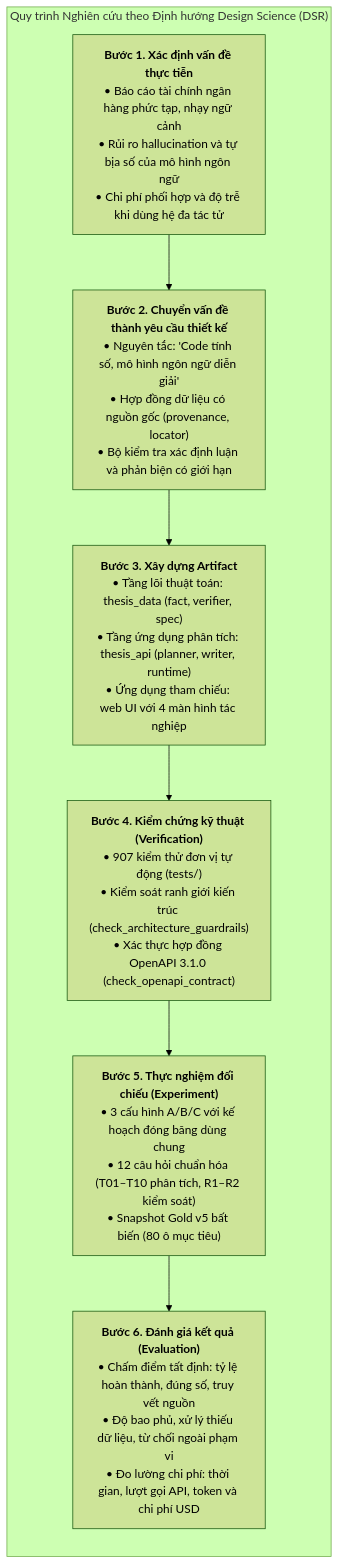
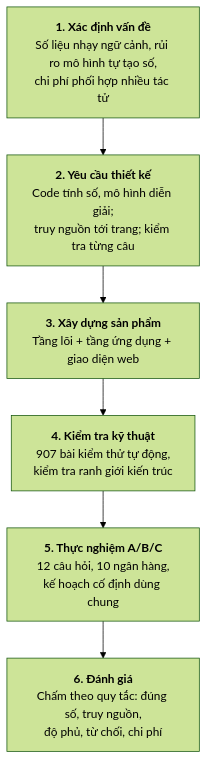
One commit to thaicuong576/final-thesis changed the diagram in docs/thesis-v2/figures/hinh-3-1-quy-trinh-dsr.mmd. Above: the diagram before and after it, drawn with Mermaid (forest theme). The commit also changed 19 other files, not shown here.

Commit message:
docs(thesis): condense chapters 1-4 and switch the evaluation to the ten-bank dataset (WIP)

```diff
--- a/docs/thesis-v2/figures/hinh-3-1-quy-trinh-dsr.mmd
+++ b/docs/thesis-v2/figures/hinh-3-1-quy-trinh-dsr.mmd
@@ -1,17 +1,8 @@
 flowchart TD
-    subgraph DSR_Process ["Quy trình Nghiên cứu theo Định hướng Design Science (DSR)"]
-        direction TB
-        S1["<b>Bước 1. Xác định vấn đề thực tiễn</b><br/>• Báo cáo tài chính ngân hàng phức tạp, nhạy ngữ cảnh<br/>• Rủi ro hallucination và tự bịa số của mô hình ngôn ngữ<br/>• Chi phí phối hợp và độ trễ khi dùng hệ đa tác tử"]
-        
-        S2["<b>Bước 2. Chuyển vấn đề thành yêu cầu thiết kế</b><br/>• Nguyên tắc: 'Code tính số, mô hình ngôn ngữ diễn giải'<br/>• Hợp đồng dữ liệu có nguồn gốc (provenance, locator)<br/>• Bộ kiểm tra xác định luận và phản biện có giới hạn"]
-        
-        S3["<b>Bước 3. Xây dựng Artifact</b><br/>• Tầng lõi thuật toán: thesis_data (fact, verifier, spec)<br/>• Tầng ứng dụng phân tích: thesis_api (planner, writer, runtime)<br/>• Ứng dụng tham chiếu: web UI với 4 màn hình tác nghiệp"]
-        
-        S4["<b>Bước 4. Kiểm chứng kỹ thuật (Verification)</b><br/>• 907 kiểm thử đơn vị tự động (tests/)<br/>• Kiểm soát ranh giới kiến trúc (check_architecture_guardrails)<br/>• Xác thực hợp đồng OpenAPI 3.1.0 (check_openapi_contract)"]
-        
-        S5["<b>Bước 5. Thực nghiệm đối chiếu (Experiment)</b><br/>• 3 cấu hình A/B/C với kế hoạch đóng băng dùng chung<br/>• 12 câu hỏi chuẩn hóa (T01–T10 phân tích, R1–R2 kiểm soát)<br/>• Snapshot Gold v5 bất biến (80 ô mục tiêu)"]
-        
-        S6["<b>Bước 6. Đánh giá kết quả (Evaluation)</b><br/>• Chấm điểm tất định: tỷ lệ hoàn thành, đúng số, truy vết nguồn<br/>• Độ bao phủ, xử lý thiếu dữ liệu, từ chối ngoài phạm vi<br/>• Đo lường chi phí: thời gian, lượt gọi API, token và chi phí USD"]
-    end
-
+    S1["<b>1. Xác định vấn đề</b><br/>Số liệu nhạy ngữ cảnh, rủi ro mô hình tự tạo số,<br/>chi phí phối hợp nhiều tác tử"]
+    S2["<b>2. Yêu cầu thiết kế</b><br/>Code tính số, mô hình diễn giải;<br/>truy nguồn tới trang; kiểm tra từng câu"]
+    S3["<b>3. Xây dựng sản phẩm</b><br/>Tầng lõi + tầng ứng dụng + giao diện web"]
+    S4["<b>4. Kiểm tra kỹ thuật</b><br/>907 bài kiểm thử tự động,<br/>kiểm tra ranh giới kiến trúc"]
+    S5["<b>5. Thực nghiệm A/B/C</b><br/>12 câu hỏi, 10 ngân hàng,<br/>kế hoạch cố định dùng chung"]
+    S6["<b>6. Đánh giá</b><br/>Chấm theo quy tắc: đúng số, truy nguồn,<br/>độ phủ, từ chối, chi phí"]
     S1 --> S2 --> S3 --> S4 --> S5 --> S6
```
